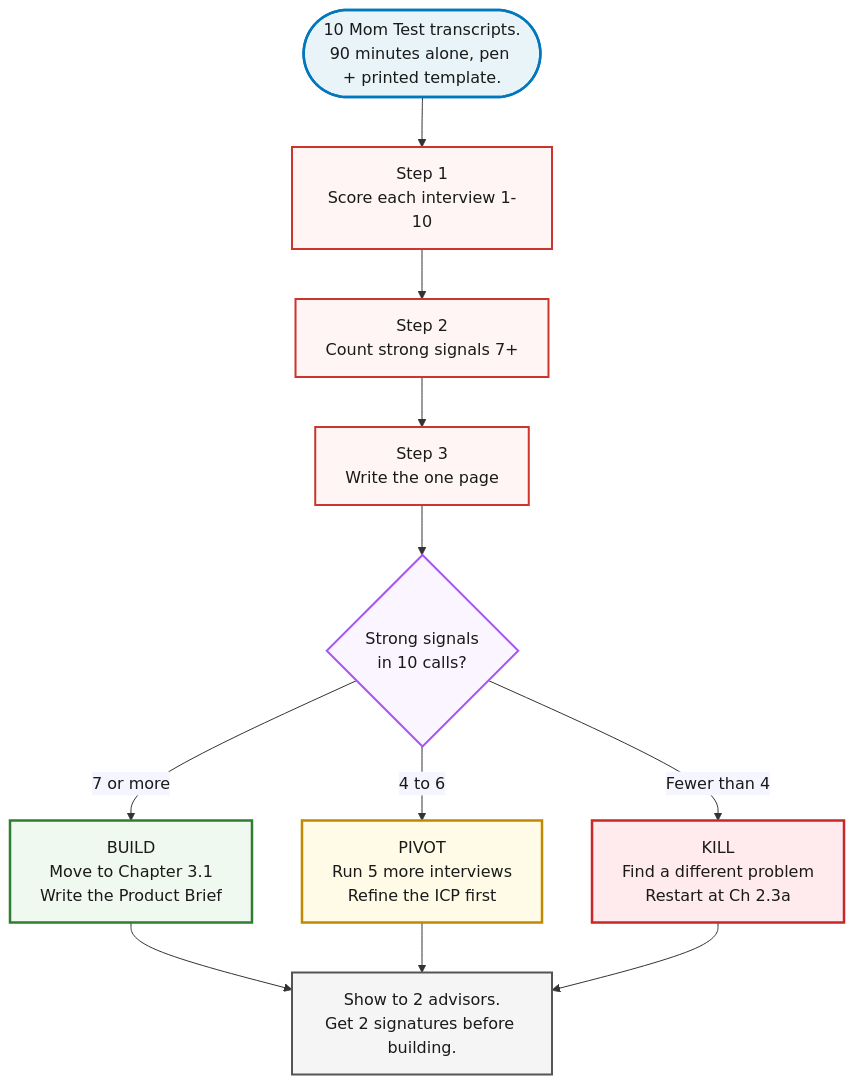
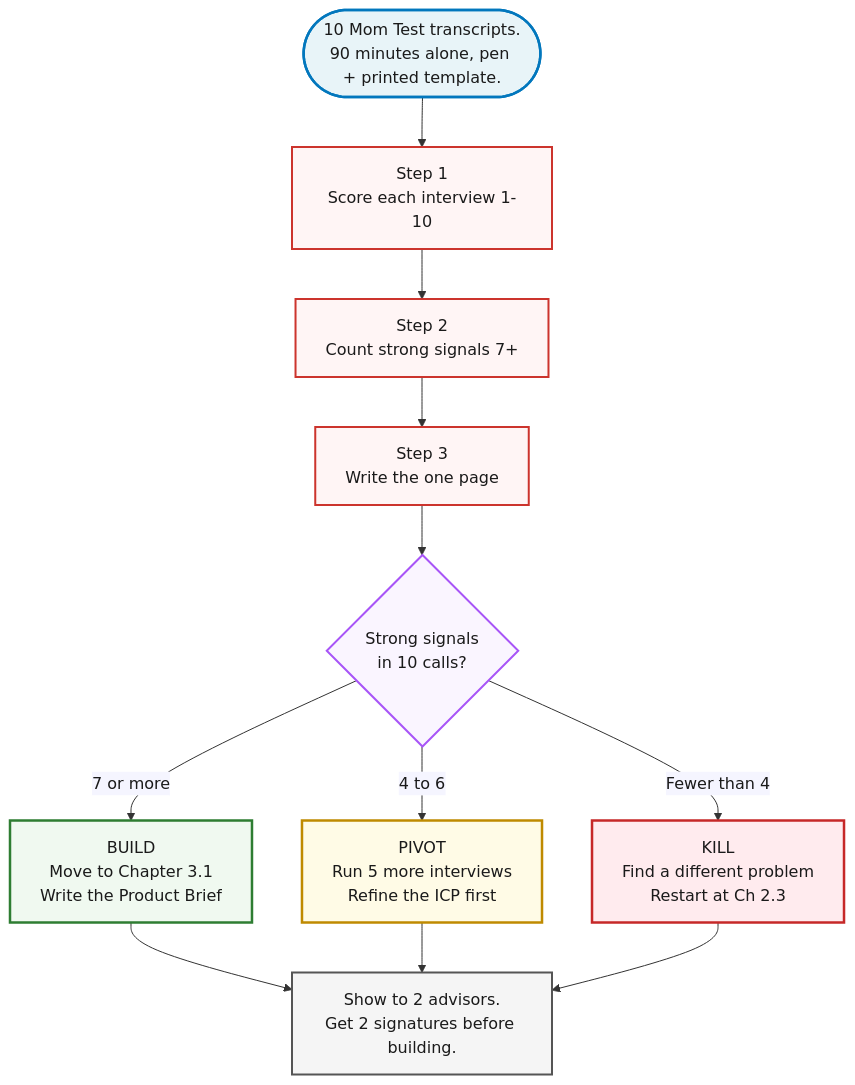
Before and after one commit to jetthoughts/jetthoughts.github.io: the diagram in content/course/tech-for-non-technical-founders-2026/mom-test-synthesis-build-pivot-kill/index.md, drawn with Mermaid. The commit also changed other lines of this file and 25 other files, not shown here.

````diff
--- a/content/course/tech-for-non-technical-founders-2026/mom-test-synthesis-build-pivot-kill/index.md
+++ b/content/course/tech-for-non-technical-founders-2026/mom-test-synthesis-build-pivot-kill/index.md
@@ -64,31 +64,31 @@
 ```mermaid
 %%{init: {'theme':'base', 'themeVariables': {'fontFamily':'Caveat, Patrick Hand, cursive', 'primaryColor':'#fff5f5', 'primaryBorderColor':'#cc342d', 'lineColor':'#333', 'primaryTextColor':'#1a1a1a'}}}%%
 flowchart TD
     Start(["10 Mom Test transcripts.<br/>90 minutes alone, pen + printed template."])
     Start --> S1[Step 1<br/>Score each interview 1-10]
     S1 --> S2[Step 2<br/>Count strong signals 7+]
     S2 --> S3[Step 3<br/>Write the one page]
     S3 --> S4{Strong signals<br/>in 10 calls?}
     S4 -->|7 or more| Build[BUILD<br/>Move to Chapter 3.1<br/>Write the Product Brief]
     S4 -->|4 to 6| Pivot[PIVOT<br/>Run 5 more interviews<br/>Refine the ICP first]
-    S4 -->|Fewer than 4| Kill[KILL<br/>Find a different problem<br/>Restart at Ch 2.3a]
+    S4 -->|Fewer than 4| Kill[KILL<br/>Find a different problem<br/>Restart at Ch 2.3]
     Build --> Sign[Show to 2 advisors.<br/>Get 2 signatures before building.]
     Pivot --> Sign
     Kill --> Sign
 
     classDef start fill:#e8f4f8,stroke:#0277bd,stroke-width:2.5px,color:#1a1a1a
     classDef step fill:#fff5f5,stroke:#cc342d,stroke-width:2px,color:#1a1a1a
     classDef decision fill:#faf5ff,stroke:#a855f7,stroke-width:2px,color:#1a1a1a
     classDef build fill:#f0f9f0,stroke:#2e7d32,stroke-width:2.5px,color:#1a1a1a
     classDef pivot fill:#fffbe6,stroke:#bf8a00,stroke-width:2.5px,color:#1a1a1a
     classDef kill fill:#ffebee,stroke:#c62828,stroke-width:2.5px,color:#1a1a1a
     classDef sign fill:#f5f5f5,stroke:#555,stroke-width:2px,color:#1a1a1a
 
     class Start start
     class S1,S2,S3 step
     class S4 decision
     class Build build
     class Pivot pivot
     class Kill kill
     class Sign sign
 ```
````
